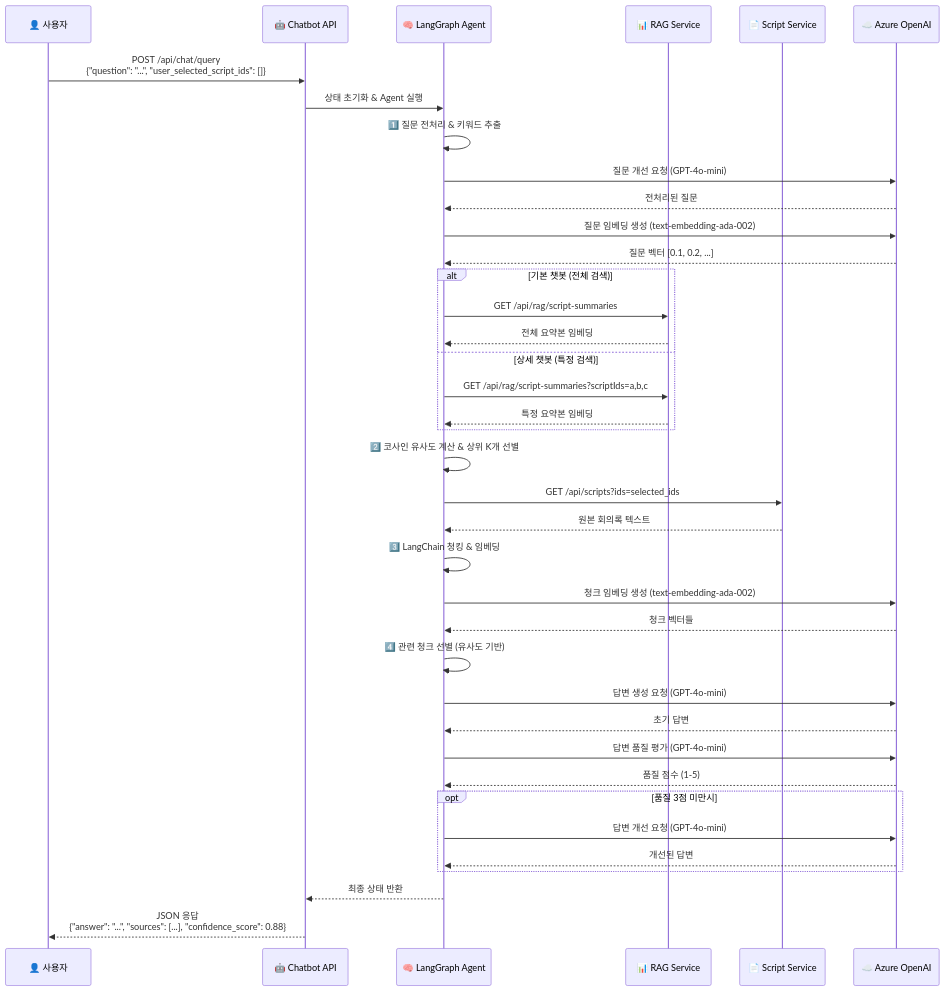
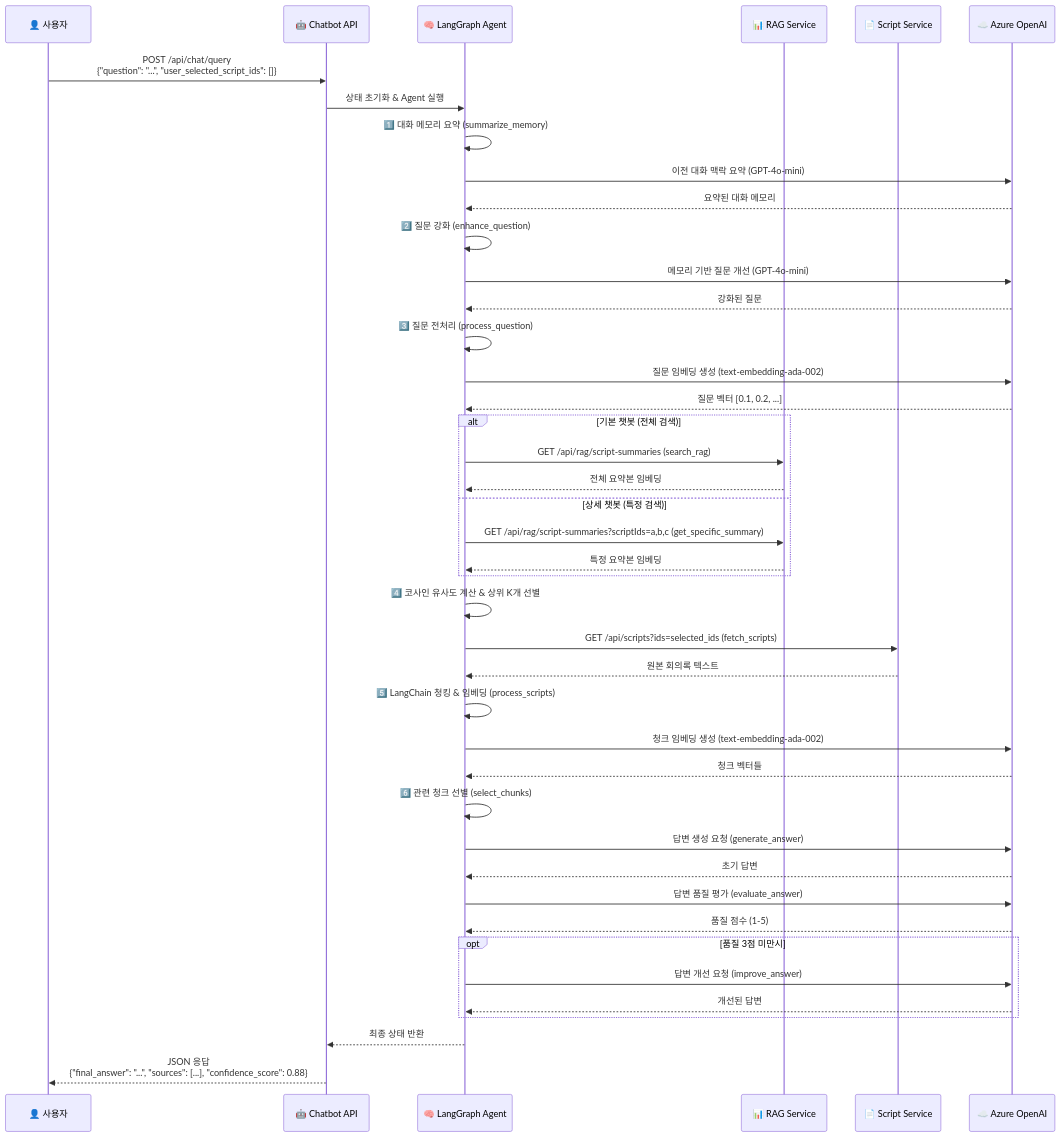
One commit to youngK-T/KT_KT_chat_bot changed the second of 3 diagrams in README.md. Above: the diagram before and after it, drawn with Mermaid. The commit also changed other lines of this file, not shown here.

````diff
--- a/README.md
+++ b/README.md
@@ -53,52 +53,57 @@
 ```mermaid
 sequenceDiagram
     participant U as 👤 사용자
     participant C as 🤖 Chatbot API
     participant A as 🧠 LangGraph Agent
     participant R as 📊 RAG Service
     participant S as 📄 Script Service  
     participant AI as ☁️ Azure OpenAI
     
     U->>C: POST /api/chat/query<br/>{"question": "...", "user_selected_script_ids": []}
     C->>A: 상태 초기화 & Agent 실행
     
-    A->>A: 1️⃣ 질문 전처리 & 키워드 추출
-    A->>AI: 질문 개선 요청 (GPT-4o-mini)
-    AI-->>A: 전처리된 질문
+    A->>A: 1️⃣ 대화 메모리 요약 (summarize_memory)
+    A->>AI: 이전 대화 맥락 요약 (GPT-4o-mini)
+    AI-->>A: 요약된 대화 메모리
     
+    A->>A: 2️⃣ 질문 강화 (enhance_question)
+    A->>AI: 메모리 기반 질문 개선 (GPT-4o-mini)
+    AI-->>A: 강화된 질문
+    
+    A->>A: 3️⃣ 질문 전처리 (process_question)
     A->>AI: 질문 임베딩 생성 (text-embedding-ada-002)
     AI-->>A: 질문 벡터 [0.1, 0.2, ...]
     
     alt 기본 챗봇 (전체 검색)
-        A->>R: GET /api/rag/script-summaries
+        A->>R: GET /api/rag/script-summaries (search_rag)
         R-->>A: 전체 요약본 임베딩
     else 상세 챗봇 (특정 검색)  
-        A->>R: GET /api/rag/script-summaries?scriptIds=a,b,c
+        A->>R: GET /api/rag/script-summaries?scriptIds=a,b,c (get_specific_summary)
         R-->>A: 특정 요약본 임베딩
     end
     
-    A->>A: 2️⃣ 코사인 유사도 계산 & 상위 K개 선별
+    A->>A: 4️⃣ 코사인 유사도 계산 & 상위 K개 선별
     
-    A->>S: GET /api/scripts?ids=selected_ids
+    A->>S: GET /api/scripts?ids=selected_ids (fetch_scripts)
     S-->>A: 원본 회의록 텍스트
     
-    A->>A: 3️⃣ LangChain 청킹 & 임베딩
+    A->>A: 5️⃣ LangChain 청킹 & 임베딩 (process_scripts)
     A->>AI: 청크 임베딩 생성 (text-embedding-ada-002)
     AI-->>A: 청크 벡터들
     
-    A->>A: 4️⃣ 관련 청크 선별 (유사도 기반)
+    A->>A: 6️⃣ 관련 청크 선별 (select_chunks)
     
-    A->>AI: 답변 생성 요청 (GPT-4o-mini)
+    A->>AI: 답변 생성 요청 (generate_answer)
     AI-->>A: 초기 답변
     
-    A->>AI: 답변 품질 평가 (GPT-4o-mini)  
+    A->>AI: 답변 품질 평가 (evaluate_answer)
     AI-->>A: 품질 점수 (1-5)
     
     opt 품질 3점 미만시
-        A->>AI: 답변 개선 요청 (GPT-4o-mini)
+        A->>AI: 답변 개선 요청 (improve_answer)
         AI-->>A: 개선된 답변
     end
     
     A-->>C: 최종 상태 반환
-    C-->>U: JSON 응답<br/>{"answer": "...", "sources": [...], "confidence_score": 0.88}
+    C-->>U: JSON 응답<br/>{"final_answer": "...", "sources": [...], "confidence_score": 0.88}
 ```
````
